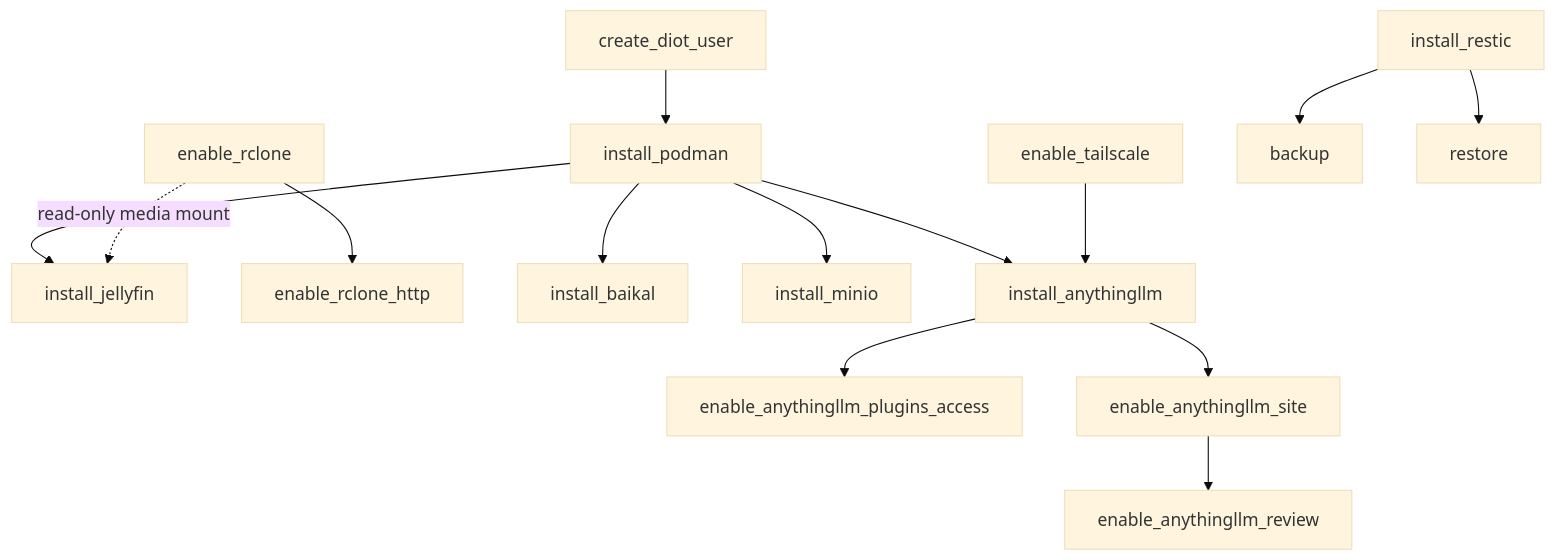
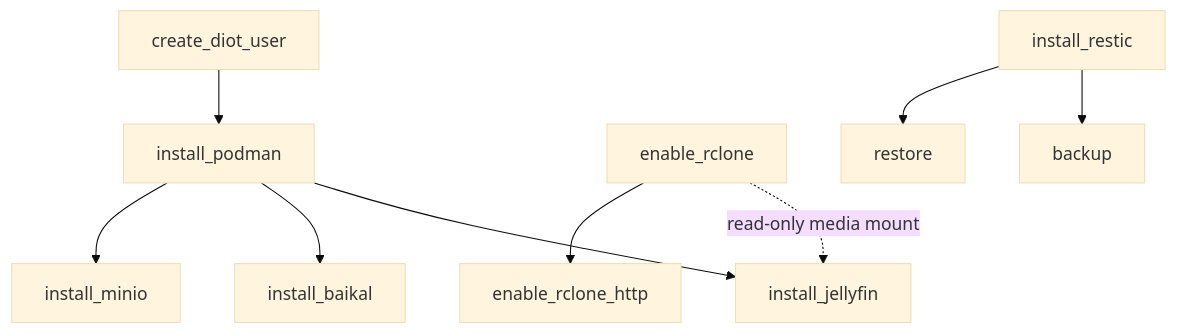
One commit to BinaryBand/strata changed the diagram in README.md. Above: the diagram before and after it, drawn with Mermaid (base theme). The commit also changed other lines of this file and 23 other files, not shown here.

````diff
--- a/README.md
+++ b/README.md
@@ -95,16 +95,11 @@
 ```mermaid
 flowchart TD
     diot[create_diot_user] --> podman[install_podman]
     podman --> jellyfin[install_jellyfin]
     rclone[enable_rclone] -. read-only media mount .-> jellyfin
     rclone --> rclone_http[enable_rclone_http]
     podman --> baikal[install_baikal]
     podman --> minio[install_minio]
-    podman --> anythingllm[install_anythingllm]
-    tailscale[enable_tailscale] --> anythingllm
-    anythingllm --> anythingllm_plugins_access[enable_anythingllm_plugins_access]
-    anythingllm --> anythingllm_site[enable_anythingllm_site]
-    anythingllm_site --> anythingllm_review[enable_anythingllm_review]
     restic[install_restic] --> backup[backup]
     restic --> restore[restore]
 ```
````
